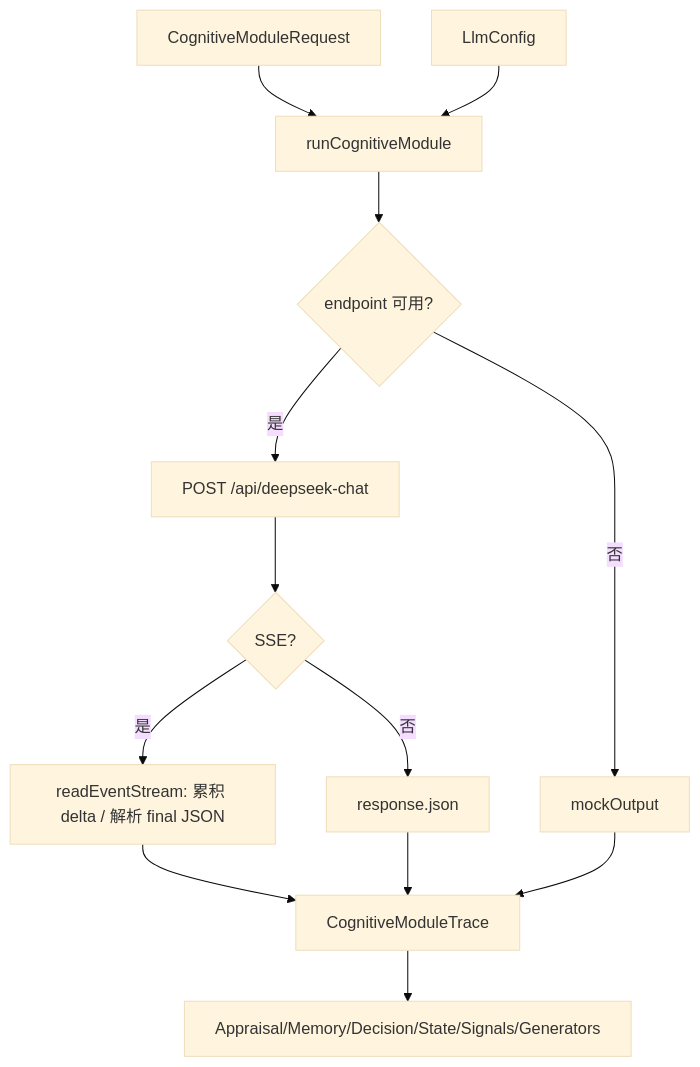
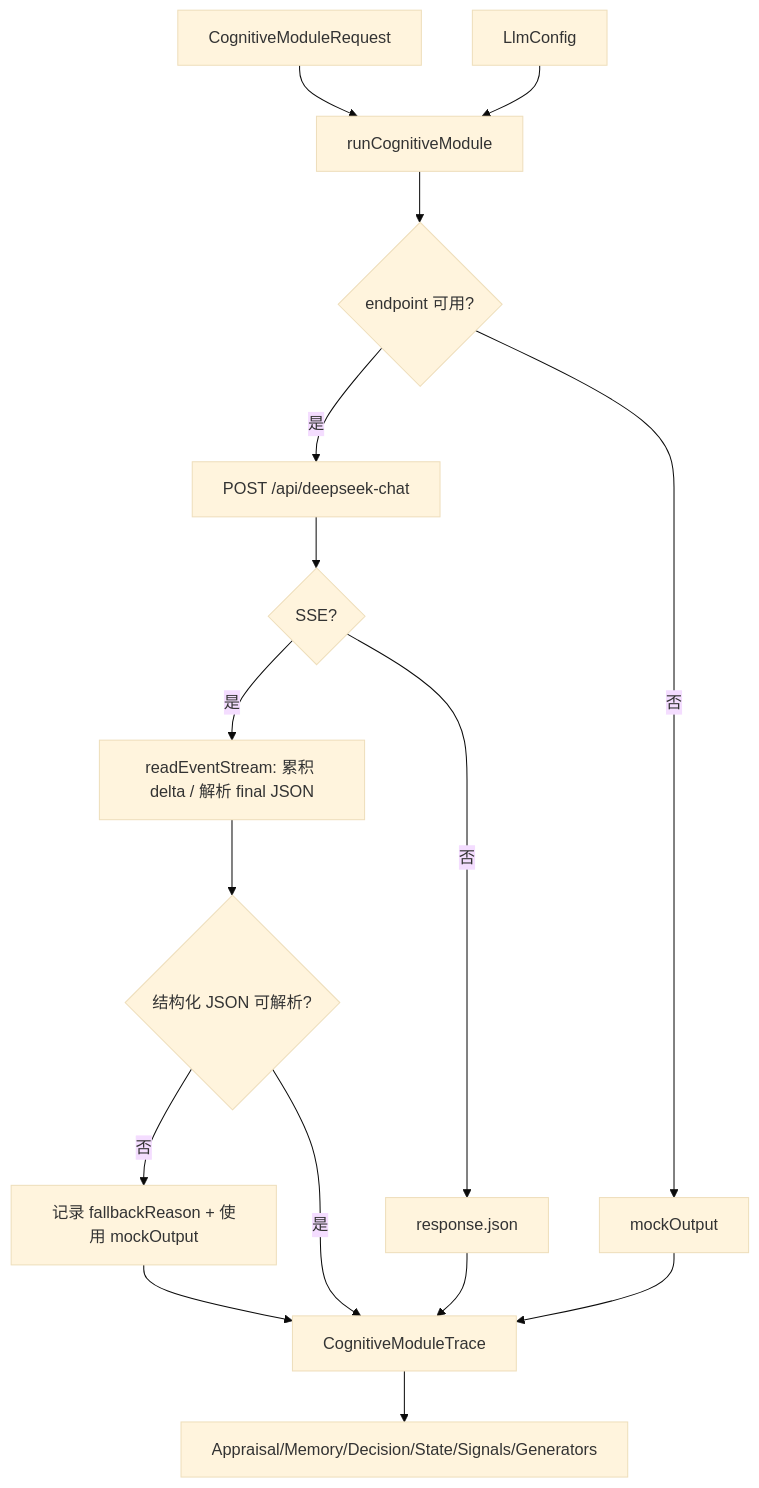
Before and after one commit to ttmanthatman/virtual-human-flow: diagram 15 of 31 in docs/SYSTEM_FLOW.md, drawn with Mermaid (base theme). The commit also changed other lines of this file and 12 other files, not shown here.

Commit message:
fix: fallback on malformed cognitive json

````diff
--- a/docs/SYSTEM_FLOW.md
+++ b/docs/SYSTEM_FLOW.md
@@ -361,15 +361,18 @@
 ```mermaid
 flowchart TD
     REQ["CognitiveModuleRequest"] --> CLIENT["runCognitiveModule"]
     CFG["LlmConfig"] --> CLIENT
     CLIENT --> CHECK{"endpoint 可用?"}
     CHECK -- "是" --> FETCH["POST /api/deepseek-chat"]
     FETCH --> STREAM{"SSE?"}
     STREAM -- "是" --> READ["readEventStream: 累积 delta / 解析 final JSON"]
     STREAM -- "否" --> JSON["response.json"]
+    READ --> PARSE{"结构化 JSON 可解析?"}
+    PARSE -- "否" --> FALLBACK["记录 fallbackReason + 使用 mockOutput"]
+    PARSE -- "是" --> TRACE
     CHECK -- "否" --> MOCK["mockOutput"]
-    READ --> TRACE["CognitiveModuleTrace"]
     JSON --> TRACE
+    FALLBACK --> TRACE["CognitiveModuleTrace"]
     MOCK --> TRACE
     TRACE --> CALLER["Appraisal/Memory/Decision/State/Signals/Generators"]
 ```
````
